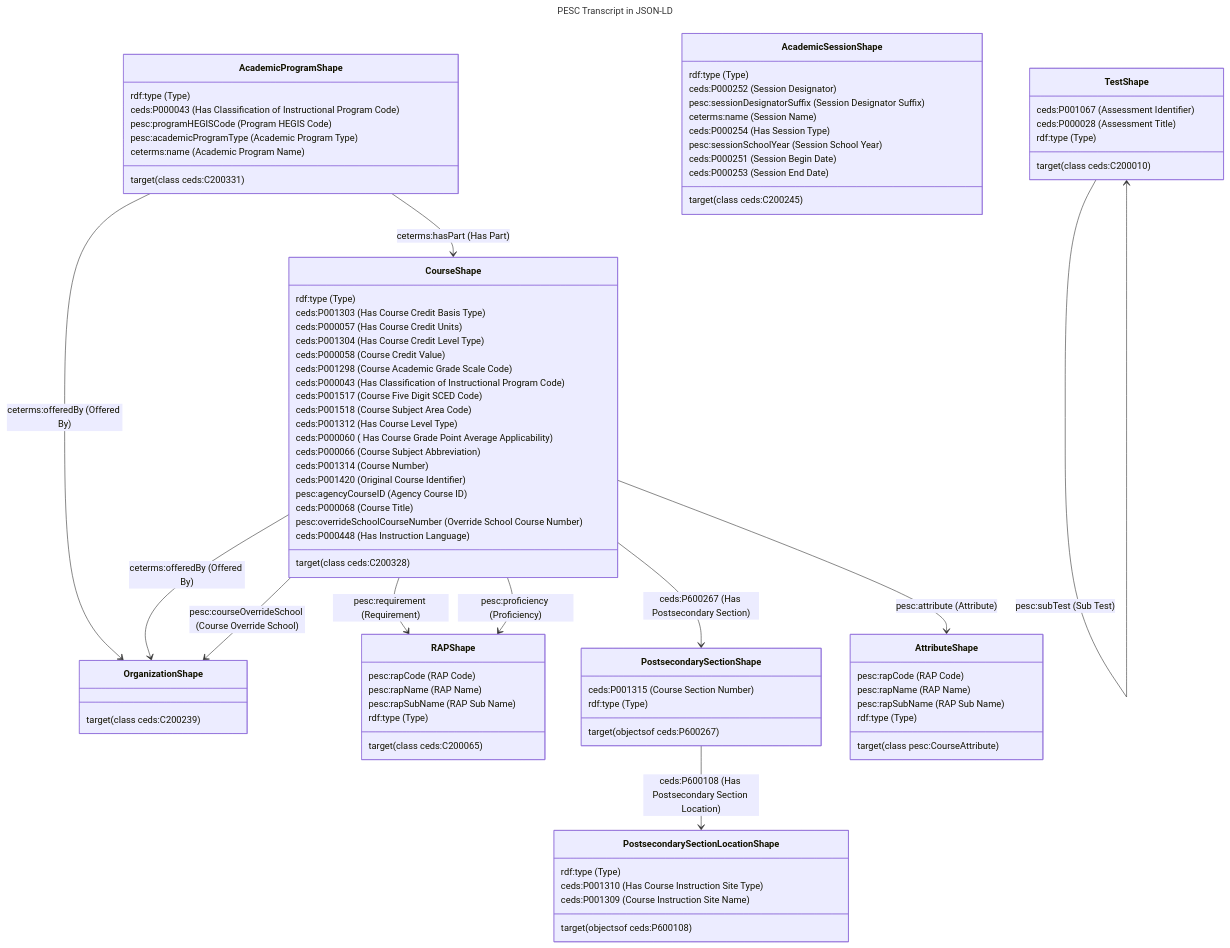
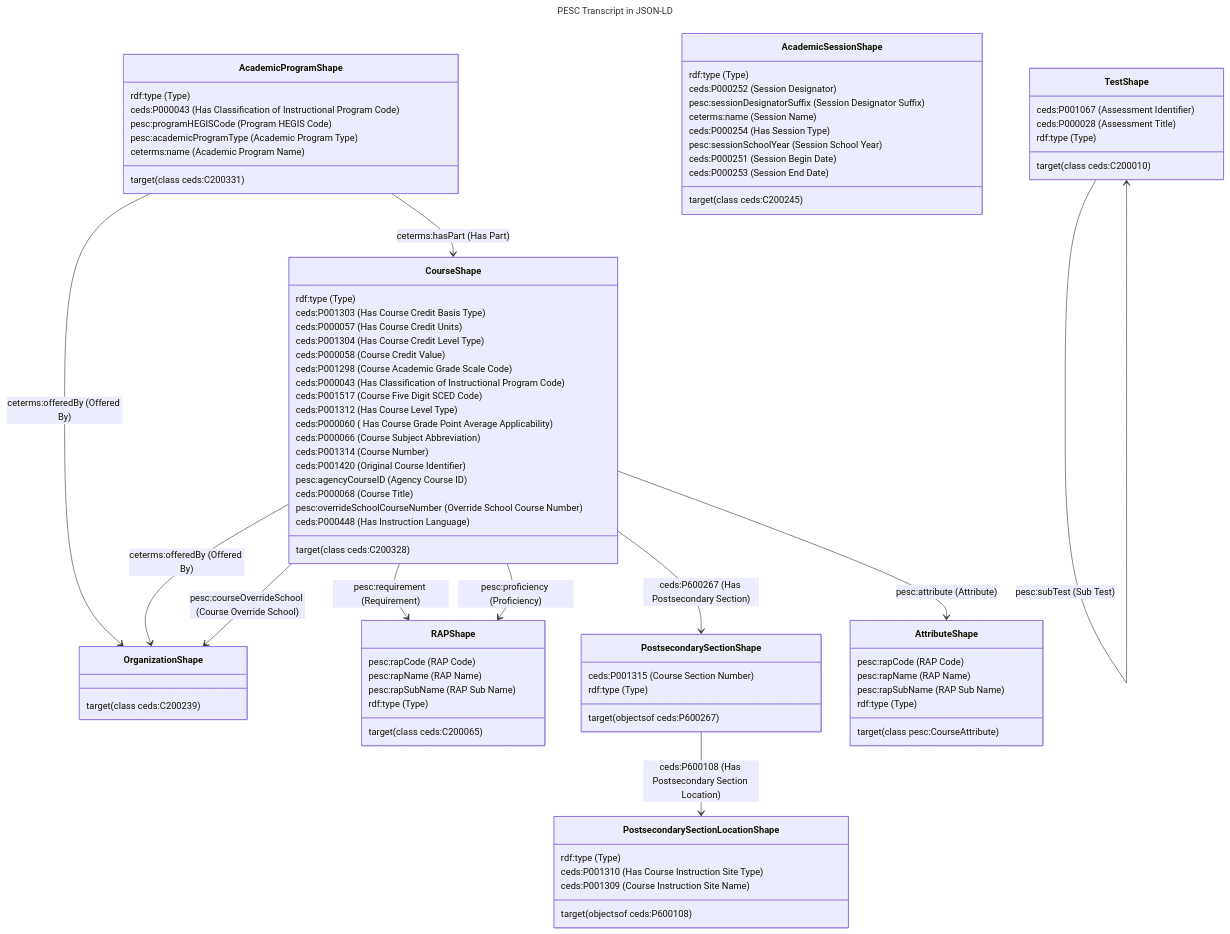
The diagram in TAP+SHACL/course-related.md (pesc-org/json-ld-transcript), drawn with Mermaid before and after one commit. The commit also changed 9 other files, not shown here.

Commit message:
Remove courseSubjectAreaCode, ceds:P001518

```diff
--- a/TAP+SHACL/course-related.md
+++ b/TAP+SHACL/course-related.md
@@ -52,7 +52,6 @@
 	CourseShape : ceds#58;P001298 #40;Course Academic Grade Scale Code#41;
 	CourseShape : ceds#58;P000043 #40;Has Classification of Instructional Program Code#41;
 	CourseShape : ceds#58;P001517 #40;Course Five Digit SCED Code#41;
-	CourseShape : ceds#58;P001518 #40;Course Subject Area Code#41;
 	CourseShape : ceds#58;P001312 #40;Has Course Level Type#41;
 	CourseShape : ceds#58;P000060 #40; Has Course Grade Point Average Applicability#41;
 	CourseShape : ceds#58;P000066 #40;Course Subject Abbreviation#41;
```
